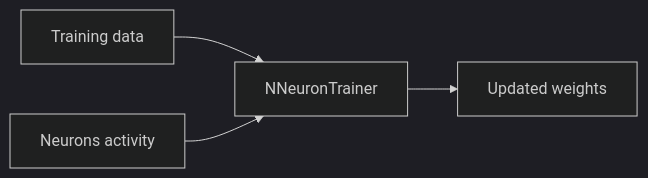
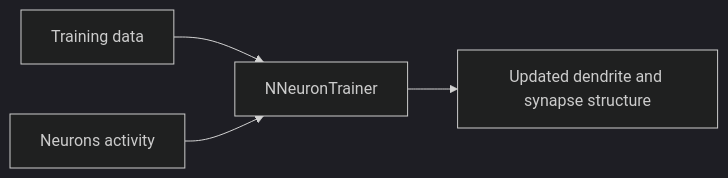
Before and after one commit to aicommunity/Nmsdk-PulseLib: the third of 14 diagrams in Docs/Components/NNeuronTrainer.md, drawn with Mermaid (dark theme). The commit also changed other lines of this file and 6 other files, not shown here.

````diff
--- a/Docs/Components/NNeuronTrainer.md
+++ b/Docs/Components/NNeuronTrainer.md
@@ -39,6 +41,6 @@
 ```mermaid
 flowchart LR
     data[Training data] --> tr[NNeuronTrainer]
     act[Neurons activity] --> tr
-    tr --> upd[Updated weights]
+    tr --> upd[Updated dendrite and synapse structure]
 ```
````
